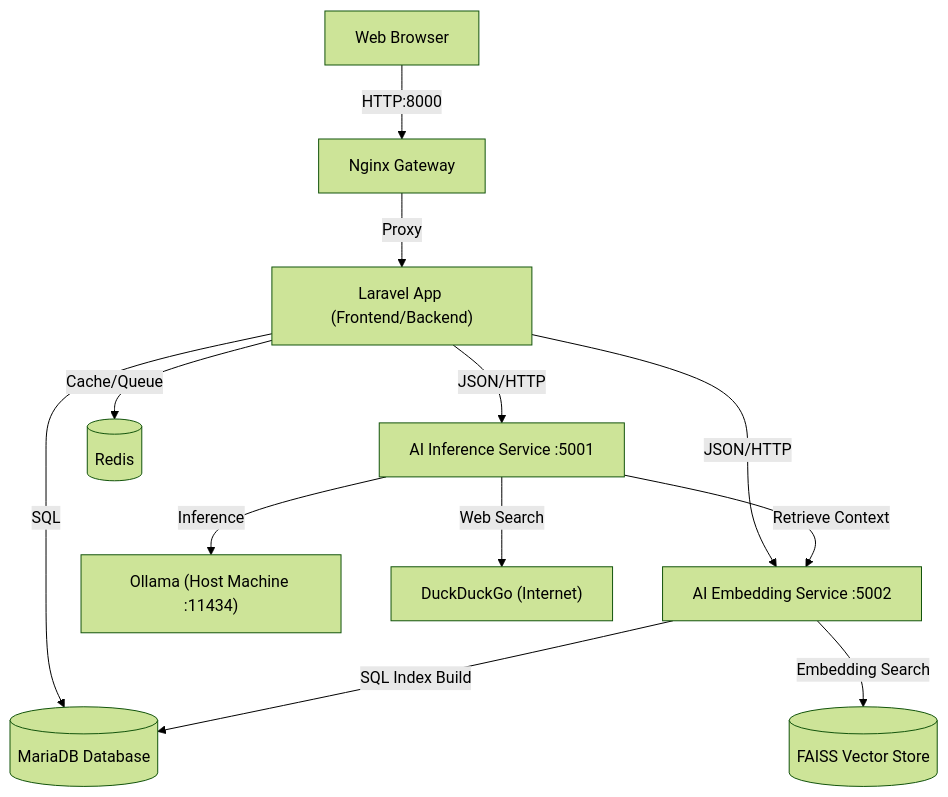
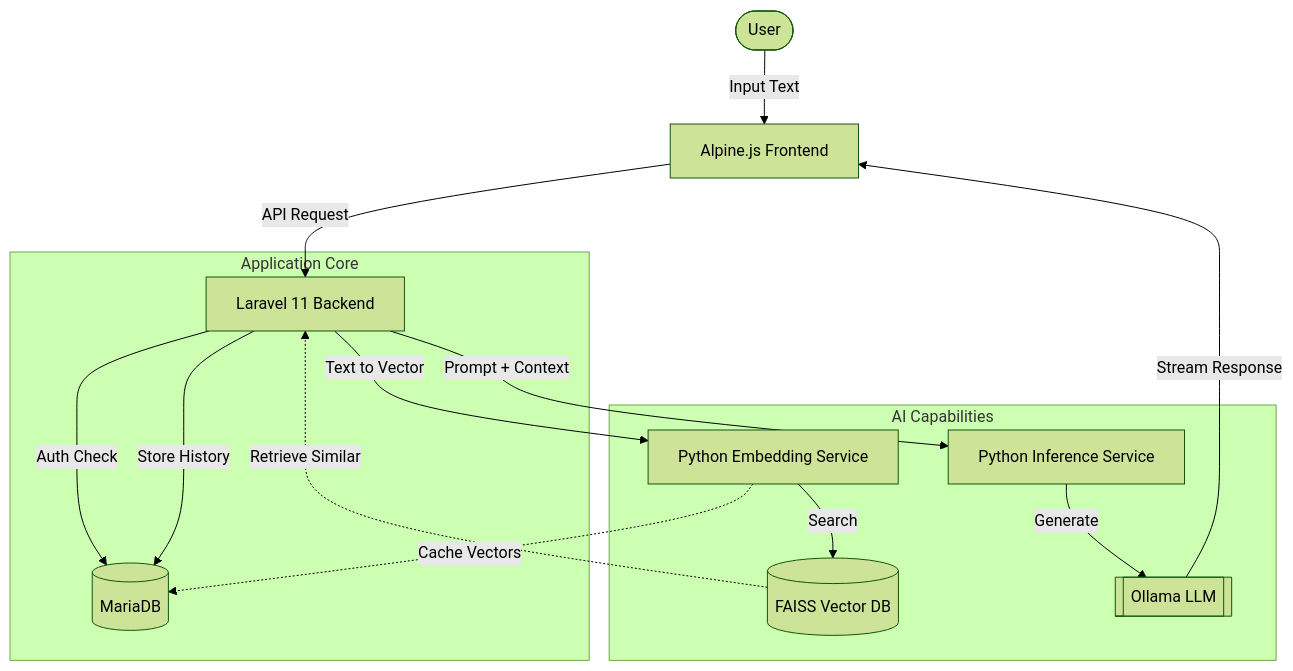
Before and after one commit to abesquirrel/rephraser_project: the diagram in README.md, drawn with Mermaid (forest theme). The commit also changed other lines of this file, not shown here.

Commit message:
docs: Sync root README with laravel/README

````diff
--- a/README.md
+++ b/README.md
@@ -11,17 +52,22 @@
 ```mermaid
 graph TD
-    User["Web Browser"] -->|HTTP:8000| Nginx["Nginx Gateway"]
-    Nginx -->|Proxy| Laravel["Laravel App (Frontend/Backend)"]
-    Laravel -->|SQL| MariaDB[("MariaDB Database")]
-    Laravel -->|JSON/HTTP| AI_Inf["AI Inference Service :5001"]
-    Laravel -->|JSON/HTTP| AI_Emb["AI Embedding Service :5002"]
+    User([User]) -->|Input Text| Frontend[Alpine.js Frontend]
+    Frontend -->|API Request| Laravel[Laravel 11 Backend]
 
-    AI_Emb -->|Embedding Search| FAISS[("FAISS Vector Store")]
-    AI_Emb -->|SQL Index Build| MariaDB
+    subgraph "Application Core"
+        Laravel -->|Auth Check| DB[(MariaDB)]
+        Laravel -->|Store History| DB
+    end
 
-    AI_Inf -->|Inference| Ollama["Ollama (Host Machine :11434)"]
-    AI_Inf -->|Web Search| DDG["DuckDuckGo (Internet)"]
-    AI_Inf -->|Retrieve Context| AI_Emb
+    subgraph "AI Capabilities"
+        Laravel -->|Text to Vector| PyEmbed[Python Embedding Service]
+        PyEmbed -->|Search| FAISS[(FAISS Vector DB)]
 
-    Laravel -->|Cache/Queue| Redis[("Redis")]
+        Laravel -->|Prompt + Context| PyInfer[Python Inference Service]
+        PyInfer -->|Generate| Ollama[[Ollama LLM]]
+    end
+
+    PyEmbed -.->|Cache Vectors| DB
+    FAISS -.->|Retrieve Similar| Laravel
+    Ollama -->|Stream Response| Frontend
 ```
````
